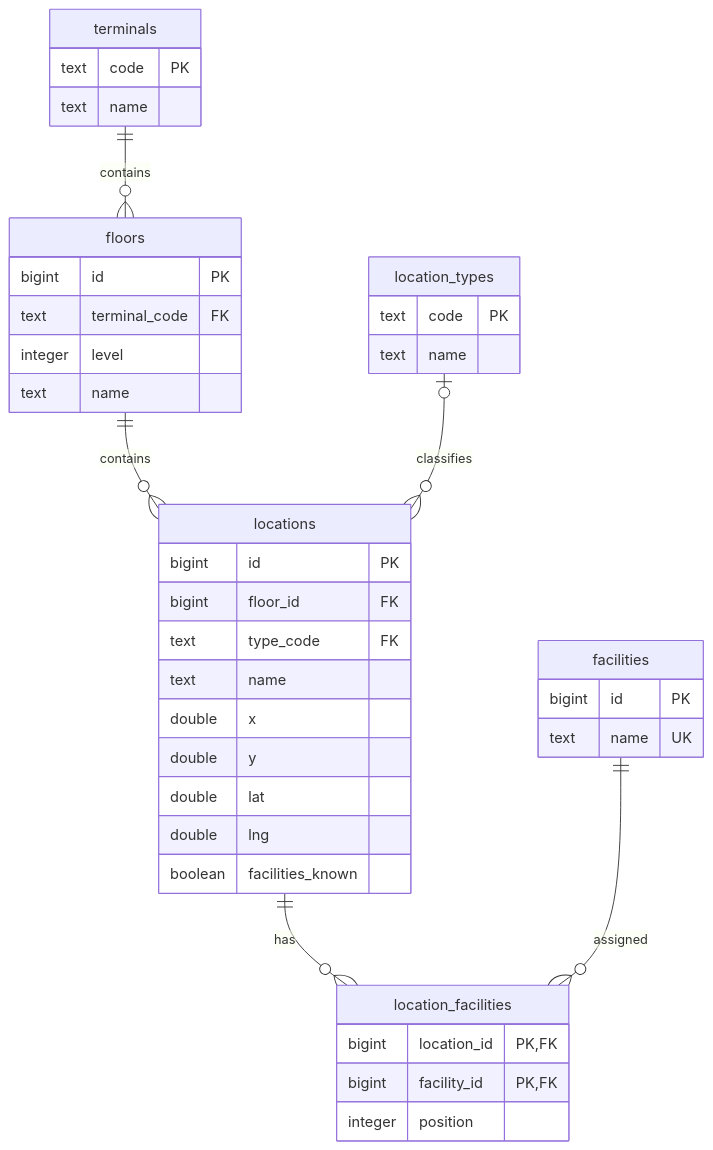
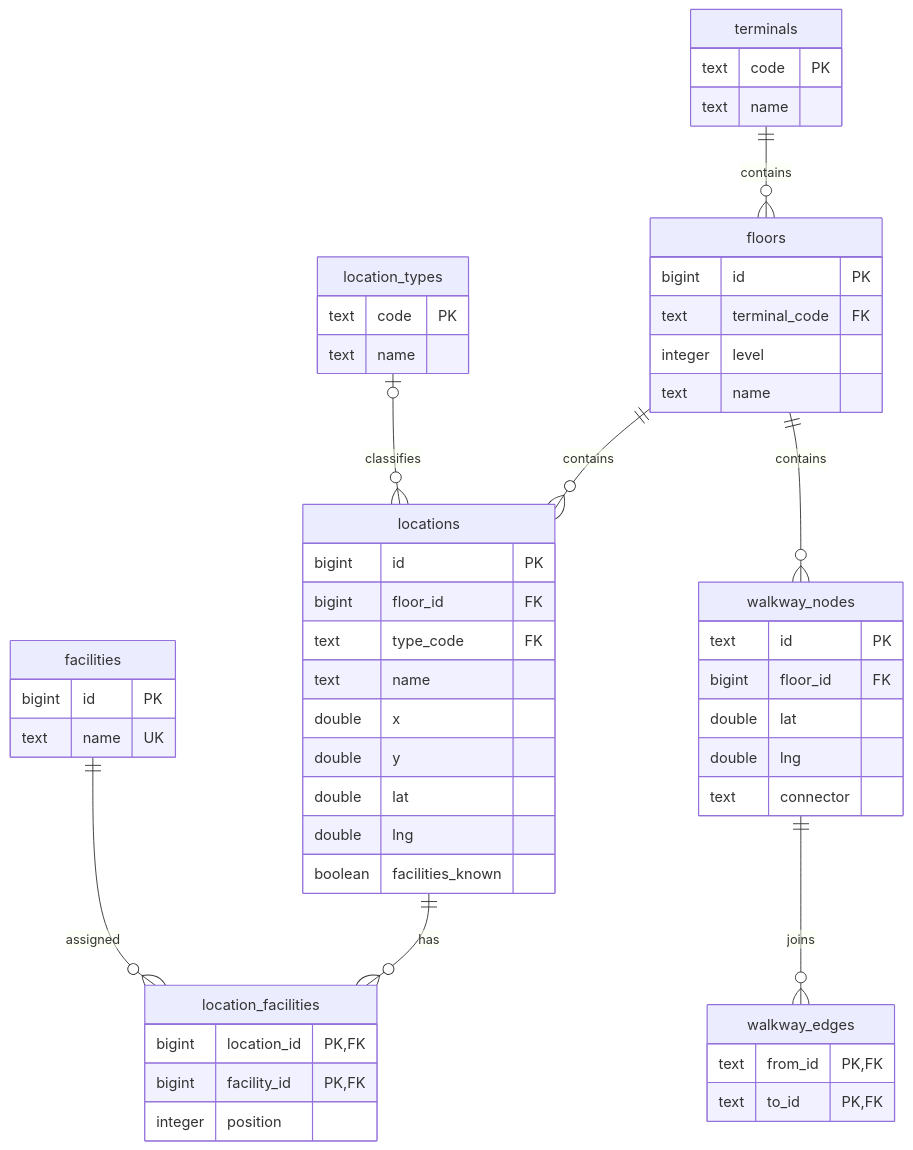
The diagram in docs/knowledge/DATABASE_SCHEMA.md (khanh2925/nckh), drawn with Mermaid before and after one commit. The commit also changed other lines of this file and 34 other files, not shown here.

````diff
--- a/docs/knowledge/DATABASE_SCHEMA.md
+++ b/docs/knowledge/DATABASE_SCHEMA.md
@@ -3,42 +3,55 @@
 ```mermaid
 erDiagram
     terminals ||--o{ floors : contains
     floors ||--o{ locations : contains
     location_types o|--o{ locations : classifies
     locations ||--o{ location_facilities : has
     facilities ||--o{ location_facilities : assigned
+    floors ||--o{ walkway_nodes : contains
+    walkway_nodes ||--o{ walkway_edges : joins
     terminals {
         text code PK
         text name
     }
     floors {
         bigint id PK
         text terminal_code FK
         integer level
         text name
     }
     location_types {
         text code PK
         text name
     }
     locations {
         bigint id PK
         bigint floor_id FK
         text type_code FK
         text name
         double x
         double y
         double lat
         double lng
         boolean facilities_known
     }
     facilities {
         bigint id PK
         text name UK
     }
     location_facilities {
         bigint location_id PK,FK
         bigint facility_id PK,FK
         integer position
     }
+    walkway_nodes {
+        text id PK
+        bigint floor_id FK
+        double lat
+        double lng
+        text connector
+    }
+    walkway_edges {
+        text from_id PK,FK
+        text to_id PK,FK
+    }
 ```
````
